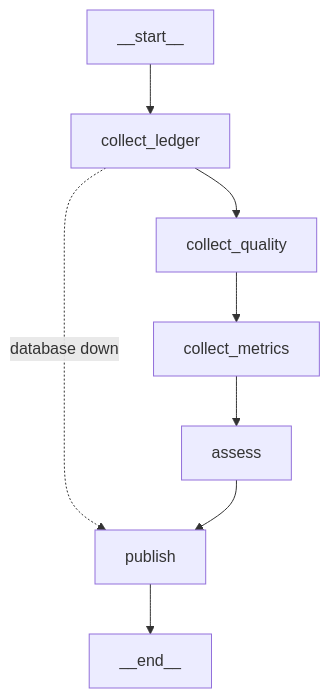
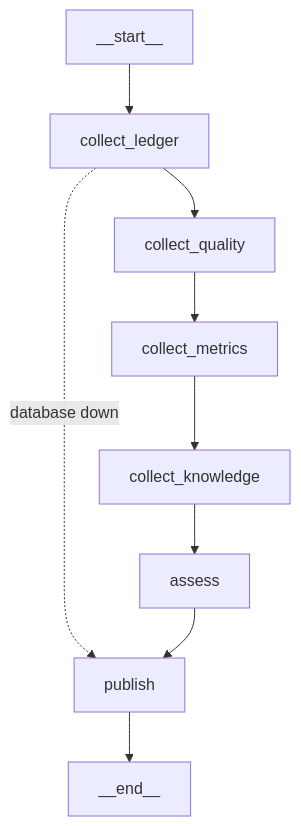
Before and after one commit to stamzid/candlegraph: the first of 2 diagrams in docs/agents/observer/DESIGN.md, drawn with Mermaid. The commit also changed other lines of this file and 15 other files, not shown here.

Commit message:
Observer agent knowledge graph

````diff
--- a/docs/agents/observer/DESIGN.md
+++ b/docs/agents/observer/DESIGN.md
@@ -17,10 +17,11 @@
 ```mermaid
 graph TD
   __start__ --> collect_ledger
   collect_ledger -. database down .-> publish
   collect_ledger --> collect_quality
   collect_quality --> collect_metrics
-  collect_metrics --> assess
+  collect_metrics --> collect_knowledge
+  collect_knowledge --> assess
   assess --> publish
   publish --> __end__
 ```
````
